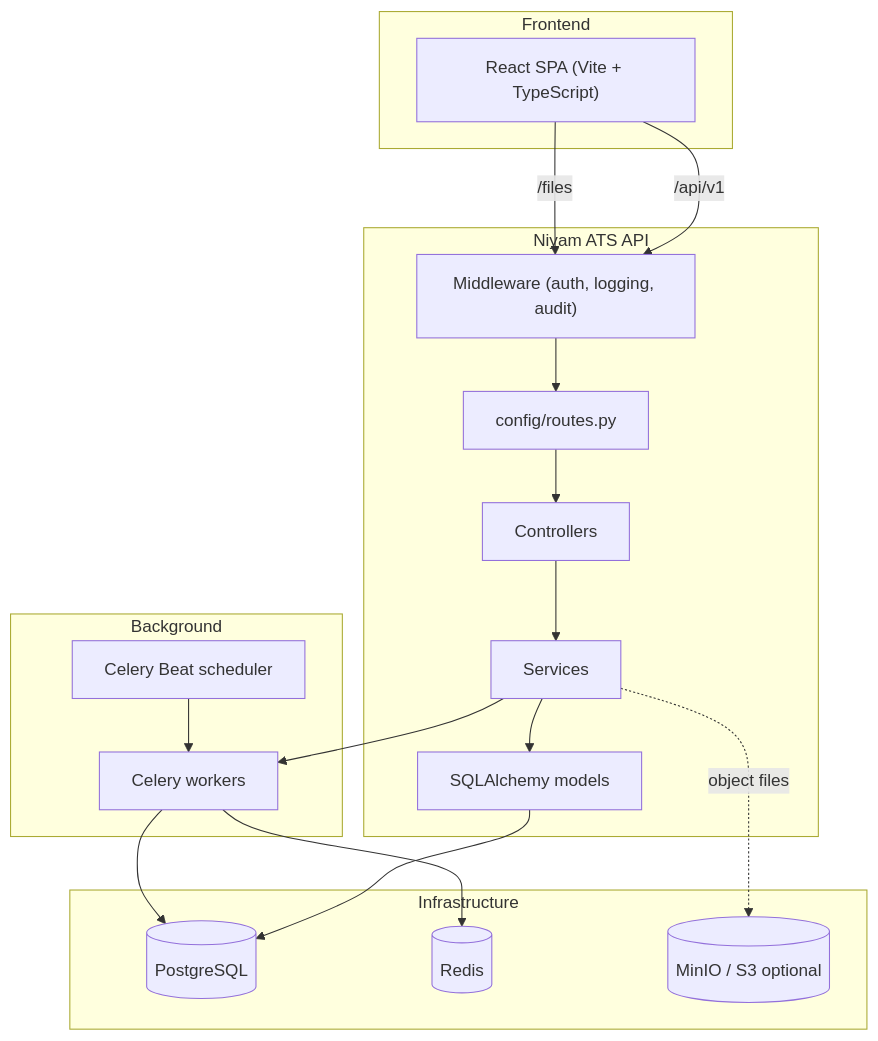
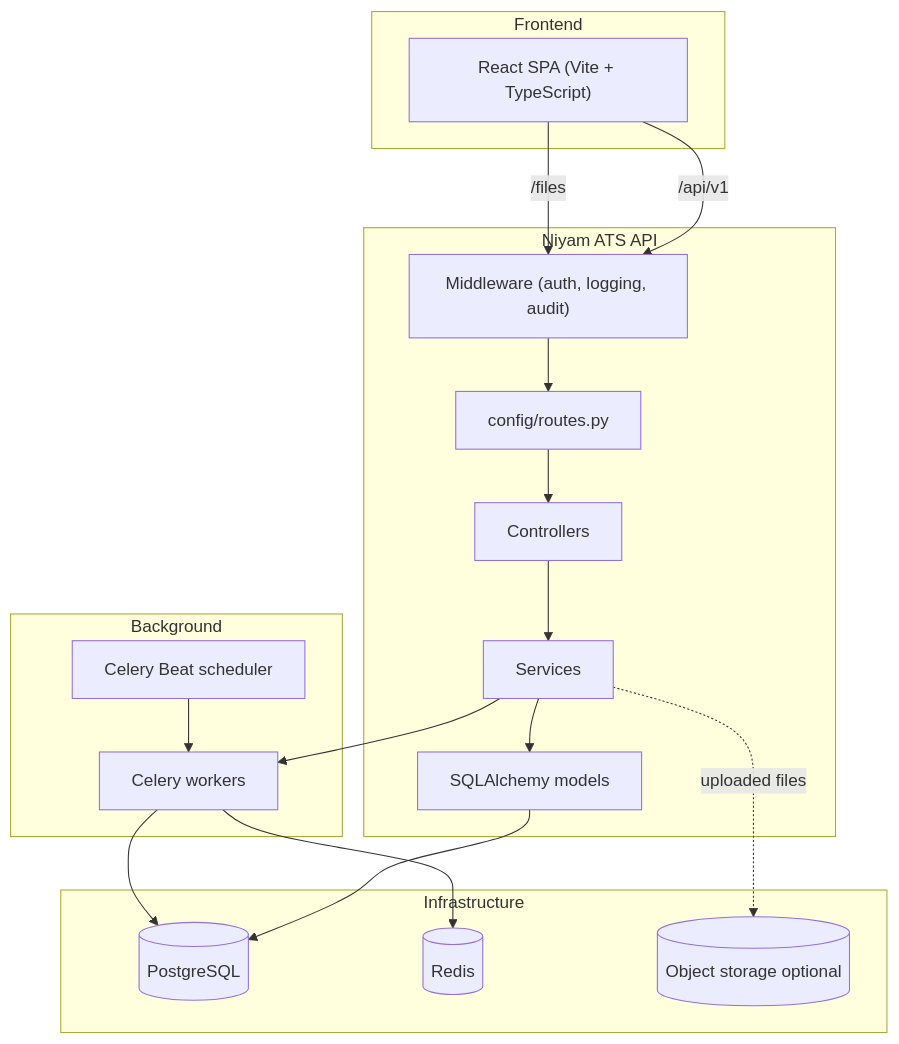
Before and after one commit to imrohit4077/niyam: the diagram in README.md, drawn with Mermaid. The commit also changed other lines of this file, not shown here.

Commit message:
docs: refocus README on ATS; shorten optional storage section

````diff
--- a/README.md
+++ b/README.md
@@ -241,33 +137,33 @@
 ```mermaid
 flowchart TB
   subgraph Client["Frontend"]
     SPA["React SPA (Vite + TypeScript)"]
   end
 
   subgraph API["Niyam ATS API"]
     MW["Middleware (auth, logging, audit)"]
     RT["config/routes.py"]
     CT["Controllers"]
     SV["Services"]
     MD["SQLAlchemy models"]
   end
 
   subgraph Async["Background"]
     WK["Celery workers"]
     BT["Celery Beat scheduler"]
   end
 
   subgraph Data["Infrastructure"]
     PG[("PostgreSQL")]
     RD[("Redis")]
-    MN[("MinIO / S3 optional")]
+    OBJ[("Object storage optional")]
   end
 
   SPA -->|"/api/v1"| MW --> RT --> CT --> SV --> MD --> PG
-  SV -.->|object files| MN
+  SV -.->|uploaded files| OBJ
   SPA -->|"/files"| MW
   SV --> WK
   BT --> WK
   WK --> RD
   WK --> PG
 ```
````
